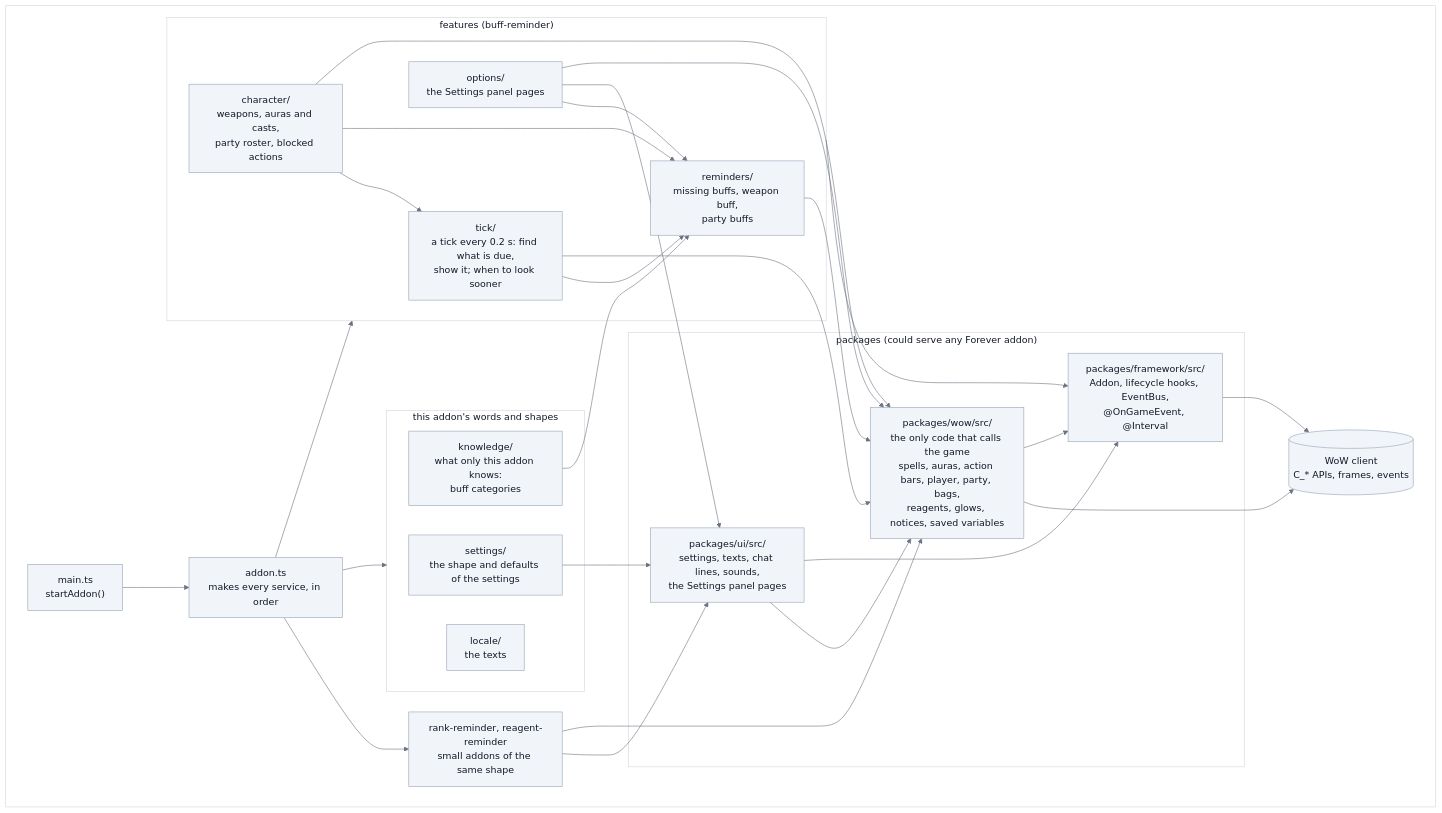
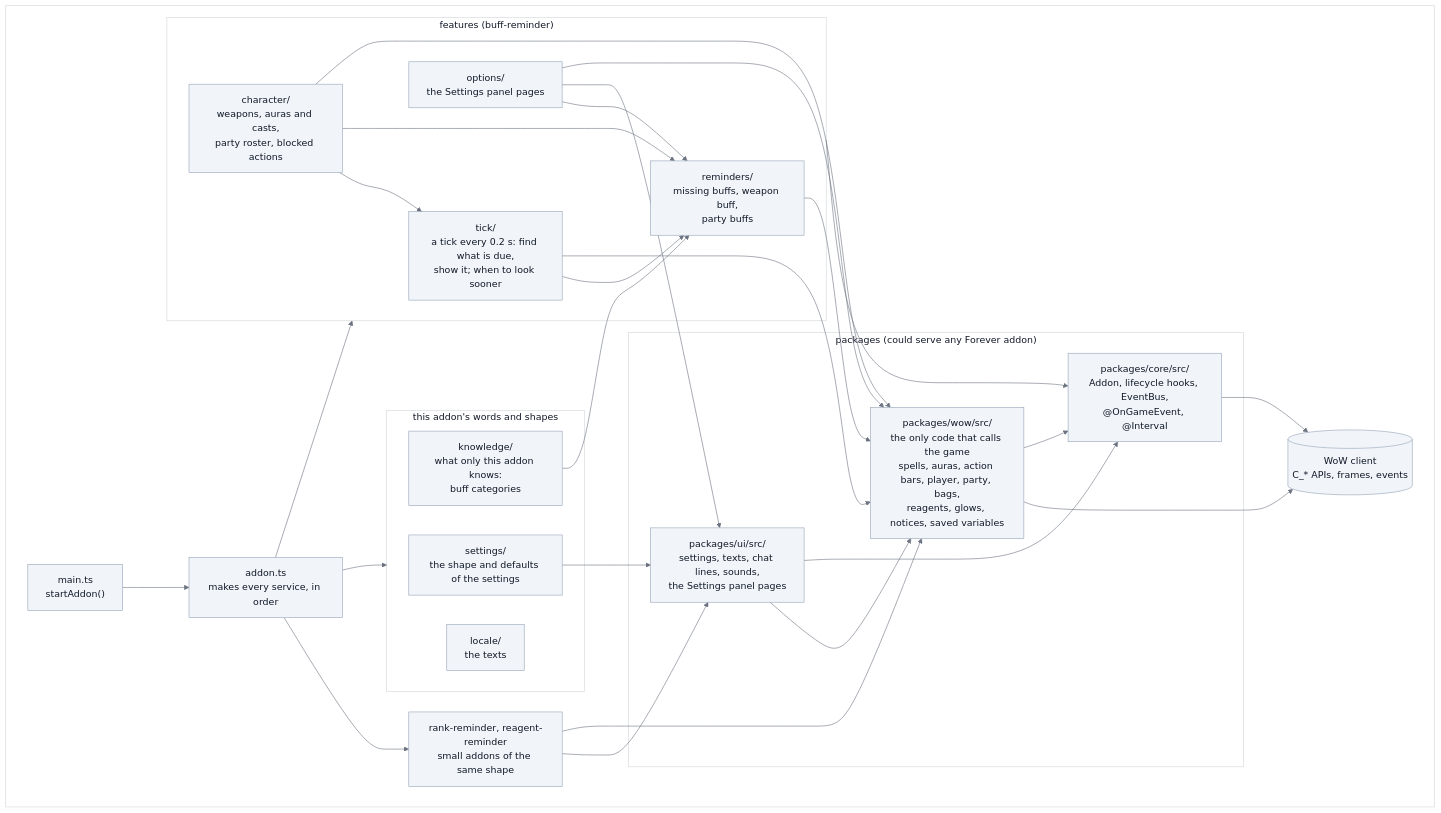
Before and after one commit to vattiss/wowkit: the second of 7 diagrams in docs/architecture.md, drawn with Mermaid. The commit also changed other lines of this file and 65 other files, not shown here.

First line of the commit message:
refactor: rename the framework package to core

````diff
--- a/docs/architecture.md
+++ b/docs/architecture.md
@@ -78,56 +78,56 @@
 ```mermaid
 %%{init: {"theme":"base","themeVariables":{"background":"#ffffff","lineColor":"#6b7280","textColor":"#111827","primaryColor":"#f1f5f9","primaryTextColor":"#111827","primaryBorderColor":"#94a3b8","secondaryColor":"#e2e8f0","tertiaryColor":"#ffffff","mainBkg":"#f1f5f9","nodeBorder":"#94a3b8","nodeTextColor":"#111827","titleColor":"#111827","edgeLabelBackground":"#ffffff","labelBackground":"#ffffff","labelTextColor":"#111827","clusterBkg":"#ffffff","clusterBorder":"#d1d5db","classText":"#111827","actorBkg":"#f1f5f9","actorTextColor":"#111827","actorBorder":"#94a3b8","actorLineColor":"#6b7280","signalColor":"#374151","signalTextColor":"#111827","noteBkgColor":"#fef9c3","noteTextColor":"#111827","noteBorderColor":"#ca8a04"}}}%%
 flowchart TB
     classDef default fill:#f1f5f9,stroke:#94a3b8,color:#111827
     subgraph PANEL[" "]
         main["main.ts<br/>startAddon()"] --> wiring["addon.ts<br/>makes every service, in order"]
 
         subgraph words["this addon's words and shapes"]
             settings["settings/<br/>the shape and defaults of the settings"]
             locale["locale/<br/>the texts"]
             knowledge["knowledge/<br/>what only this addon knows:<br/>buff categories"]
         end
 
         subgraph features["features (buff-reminder)"]
             tick["tick/<br/>a tick every 0.2 s: find what is due,<br/>show it; when to look sooner"]
             character["character/<br/>weapons, auras and casts,<br/>party roster, blocked actions"]
             options["options/<br/>the Settings panel pages"]
             reminders["reminders/<br/>missing buffs, weapon buff,<br/>party buffs"]
         end
 
         others["rank-reminder, reagent-reminder<br/>small addons of the same shape"]
 
         subgraph toolkit["packages (could serve any Forever addon)"]
             ui["packages/ui/src/<br/>settings, texts, chat lines, sounds,<br/>the Settings panel pages"]
             wow["packages/wow/src/<br/>the only code that calls the game<br/>spells, auras, action bars, player, party, bags,<br/>reagents, glows, notices, saved variables"]
-            framework["packages/framework/src/<br/>Addon, lifecycle hooks, EventBus,<br/>@OnGameEvent, @Interval"]
+            core["packages/core/src/<br/>Addon, lifecycle hooks, EventBus,<br/>@OnGameEvent, @Interval"]
         end
 
         game[("WoW client<br/>C_* APIs, frames, events")]
 
         wiring --> words
         wiring --> features
         wiring --> others
         others --> ui
         others --> wow
         tick --> reminders
         tick --> wow
         character --> tick
         character --> reminders
         character --> wow
         options --> reminders
         options --> ui
         options --> wow
         knowledge --> reminders
         reminders --> wow
         settings --> ui
         ui --> wow
         wow --> game
-        wow --> framework
-        ui --> framework
-        framework --> game
-        features --> framework
+        wow --> core
+        ui --> core
+        core --> game
+        features --> core
     end
     classDef panel fill:#ffffff,stroke:#d1d5db,color:#111827
     class PANEL panel
 ```
````
